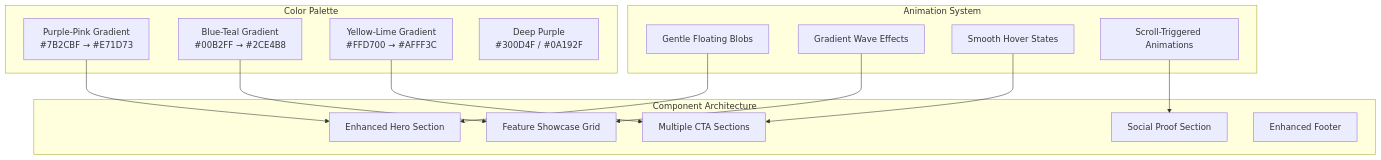
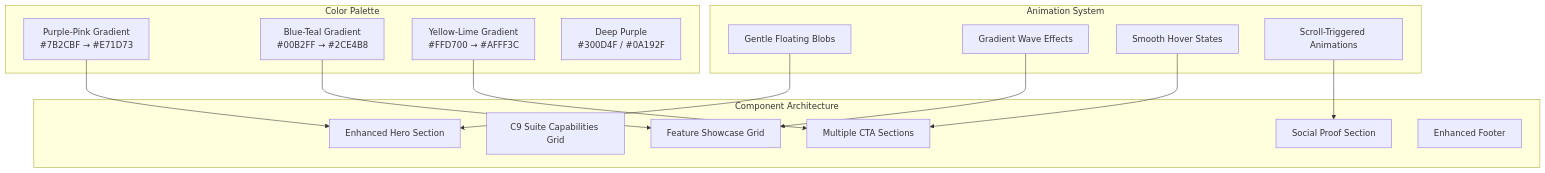
Before and after one commit to EtherealVisions/c9d-ai: the first of 3 diagrams in .kiro/specs/landing-page/design.md, drawn with Mermaid. The commit also changed other lines of this file and 77 other files, not shown here.

````diff
--- a/.kiro/specs/landing-page/design.md
+++ b/.kiro/specs/landing-page/design.md
@@ -13,33 +13,34 @@
 ```mermaid
 graph TB
     subgraph "Color Palette"
         Primary[Purple-Pink Gradient<br/>#7B2CBF → #E71D73]
         Secondary[Blue-Teal Gradient<br/>#00B2FF → #2CE4B8]
         Accent[Yellow-Lime Gradient<br/>#FFD700 → #AFFF3C]
         Background[Deep Purple<br/>#300D4F / #0A192F]
     end
     
     subgraph "Animation System"
         FloatingBlobs[Gentle Floating Blobs]
         GradientWaves[Gradient Wave Effects]
         HoverTransitions[Smooth Hover States]
         ScrollAnimations[Scroll-Triggered Animations]
     end
     
     subgraph "Component Architecture"
         HeroSection[Enhanced Hero Section]
+        C9Showcase[C9 Suite Capabilities Grid]
         FeatureShowcase[Feature Showcase Grid]
         SocialProof[Social Proof Section]
         CTASections[Multiple CTA Sections]
         Footer[Enhanced Footer]
     end
     
     Primary --> HeroSection
     Secondary --> FeatureShowcase
     Accent --> CTASections
     
     FloatingBlobs --> HeroSection
     GradientWaves --> FeatureShowcase
     HoverTransitions --> CTASections
     ScrollAnimations --> SocialProof
 ```
````
